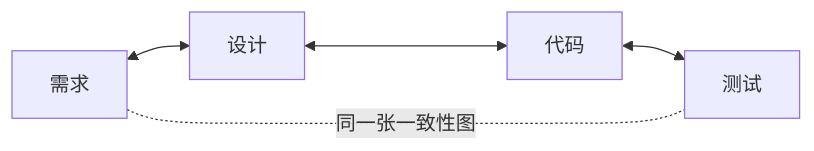
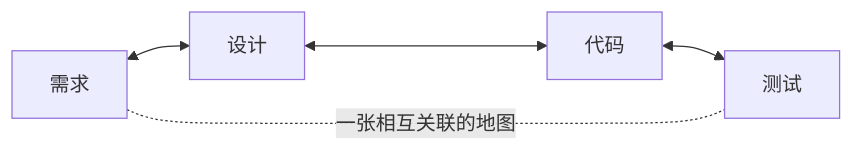
One commit to yohey-w/codd-dev changed the diagram in README_zh.md. Above: the diagram before and after it, drawn with Mermaid. The commit also changed other lines of this file and 2 other files, not shown here.

````diff
--- a/README_zh.md
+++ b/README_zh.md
@@ -32,7 +40,7 @@
 ```mermaid
 flowchart LR
     R["需求"] <--> D["设计"]
     D <--> C["代码"]
     C <--> T["测试"]
-    R -. "同一张一致性图" .- T
+    R -. "一张相互关联的地图" .- T
 ```
````
